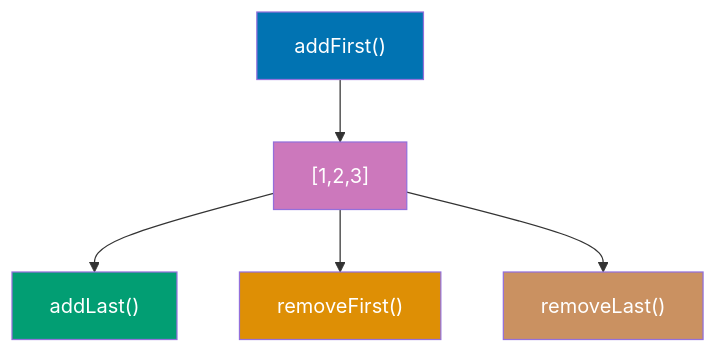
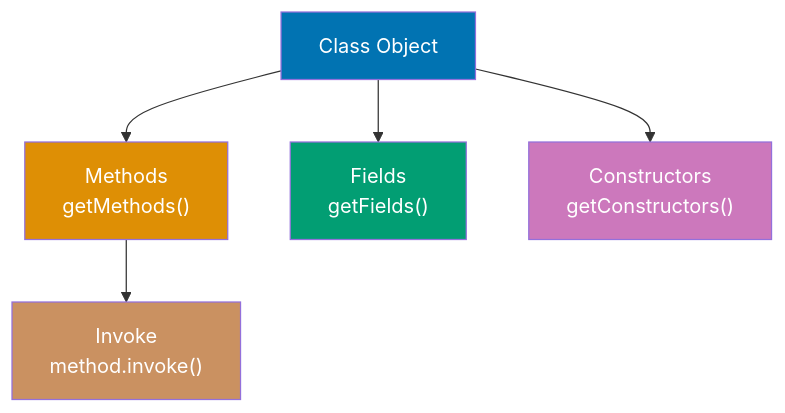
Before and after one commit to wahidyankf/open-sharia-enterprise: the second of 8 diagrams in apps/ayokoding-web/content/en/learn/software-engineering/programming-languages/java/tutorials/by-example/intermediate.md, drawn with Mermaid. The commit also changed other lines of this file and 14 other files, not shown here.

````diff
--- a/apps/ayokoding-web/content/en/learn/software-engineering/programming-languages/java/tutorials/by-example/intermediate.md
+++ b/apps/ayokoding-web/content/en/learn/software-engineering/programming-languages/java/tutorials/by-example/intermediate.md
@@ -1401,14 +280,14 @@
 ```mermaid
 %% Color Palette: Blue #0173B2, Orange #DE8F05, Teal #029E73, Purple #CC78BC, Brown #CA9161
 graph TD
-    D1["addFirst#40;#41;"] --> D2["#91;1,2,3#93;"]
-    D2 --> D3["addLast#40;#41;"]
-    D2 --> D4["removeFirst#40;#41;"]
-    D2 --> D5["removeLast#40;#41;"]
+    Class["Class Object"] --> Methods["Methods<br/>getMethods#40;#41;"]
+    Class --> Fields["Fields<br/>getFields#40;#41;"]
+    Class --> Constructors["Constructors<br/>getConstructors#40;#41;"]
+    Methods --> Invoke["Invoke<br/>method.invoke#40;#41;"]
 
-    style D1 fill:#0173B2,color:#fff
-    style D2 fill:#CC78BC,color:#fff
-    style D3 fill:#029E73,color:#fff
-    style D4 fill:#DE8F05,color:#fff
-    style D5 fill:#CA9161,color:#fff
+    style Class fill:#0173B2,color:#fff
+    style Methods fill:#DE8F05,color:#fff
+    style Fields fill:#029E73,color:#fff
+    style Constructors fill:#CC78BC,color:#fff
+    style Invoke fill:#CA9161,color:#fff
 ```
````
